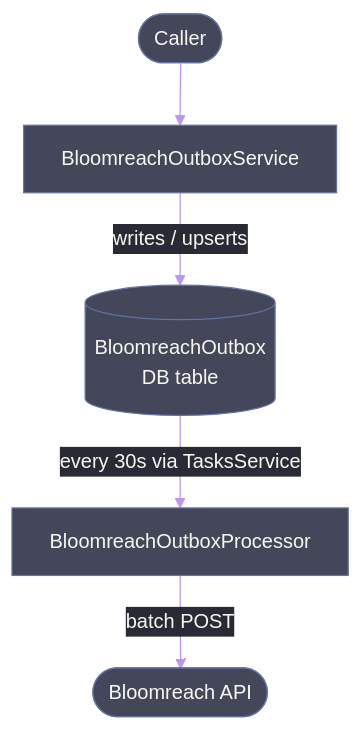
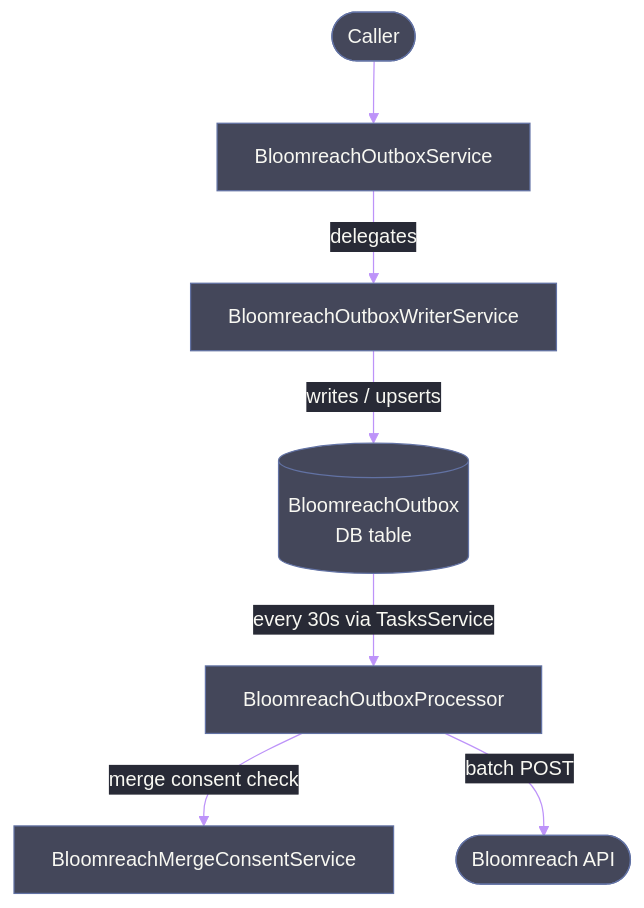
The first of 2 diagrams in nest-city-account/src/bloomreach/README.md (bratislava/konto.bratislava.sk), drawn with Mermaid before and after one commit. The commit also changed other lines of this file and 43 other files, not shown here.

````diff
--- a/nest-city-account/src/bloomreach/README.md
+++ b/nest-city-account/src/bloomreach/README.md
@@ -9,8 +11,10 @@
 ```mermaid
 %%{init: {'theme': 'base', 'themeVariables': {'primaryColor': '#44475a', 'primaryTextColor': '#f8f8f2', 'primaryBorderColor': '#6272a4', 'lineColor': '#bd93f9', 'secondaryColor': '#383a59', 'tertiaryColor': '#282a36', 'background': '#282a36', 'mainBkg': '#44475a', 'nodeBorder': '#6272a4', 'clusterBkg': '#383a59', 'titleColor': '#f8f8f2', 'edgeLabelBackground': '#282a36'}}}%%
 flowchart TD
     A([Caller]) --> B[BloomreachOutboxService]
-    B -->|writes / upserts| C[(BloomreachOutbox\nDB table)]
+    B -->|delegates| W[BloomreachOutboxWriterService]
+    W -->|writes / upserts| C[(BloomreachOutbox\nDB table)]
     C -->|every 30s via TasksService| D[BloomreachOutboxProcessor]
+    D -->|merge consent check| M[BloomreachMergeConsentService]
     D -->|batch POST| E([Bloomreach API])
 ```
````
